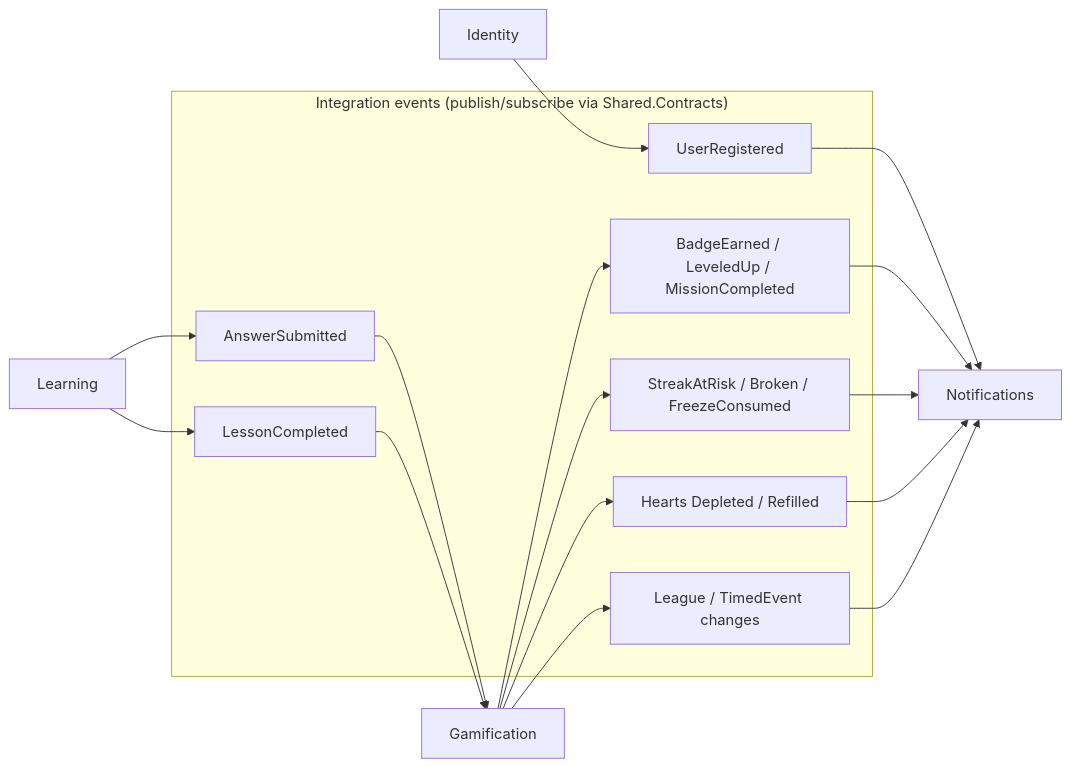
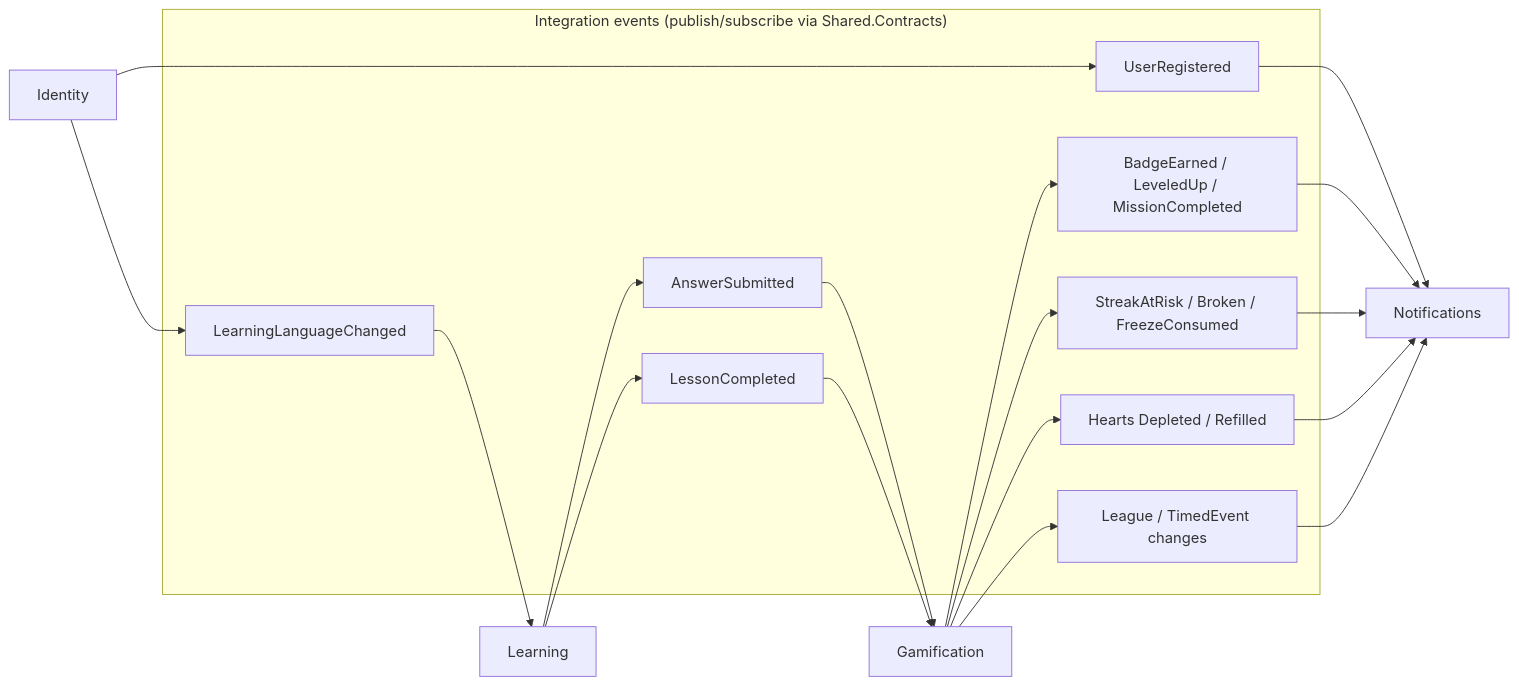
Before and after one commit to ahmedelbaradey/Learnexia: the seventh of 10 diagrams in docs/architecture/backend-architecture.md, drawn with Mermaid. The commit also changed other lines of this file and 11 other files, not shown here.

First line of the commit message:
docs(architecture): sync the architecture doc set with merged Phase 8 + hardening

````diff
--- a/docs/architecture/backend-architecture.md
+++ b/docs/architecture/backend-architecture.md
@@ -474,18 +497,21 @@
 ```mermaid
 flowchart LR
     subgraph events["Integration events (publish/subscribe via Shared.Contracts)"]
         ev1["UserRegistered"]
         ev2["AnswerSubmitted"]
         ev3["LessonCompleted"]
         ev4["BadgeEarned / LeveledUp / MissionCompleted"]
         ev5["StreakAtRisk / Broken / FreezeConsumed"]
         ev6["Hearts Depleted / Refilled"]
         ev7["League / TimedEvent changes"]
+        ev8["LearningLanguageChanged"]
     end
     identity["Identity"] --> ev1
+    identity --> ev8
     learning["Learning"] --> ev2 & ev3
     gamification["Gamification"] --> ev4 & ev5 & ev6 & ev7
     ev1 --> notifications["Notifications"]
     ev2 & ev3 --> gamification
+    ev8 --> learning
     ev4 & ev5 & ev6 & ev7 --> notifications
 ```
````
